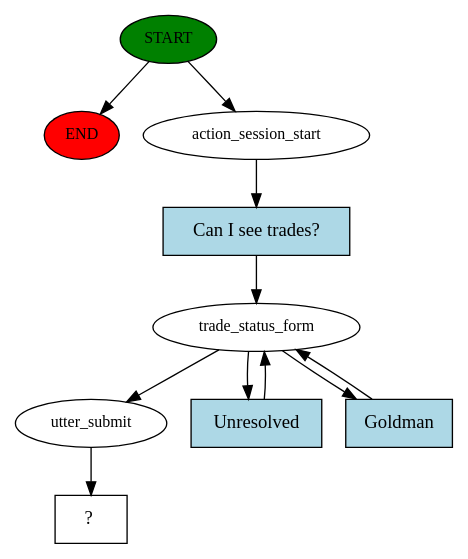
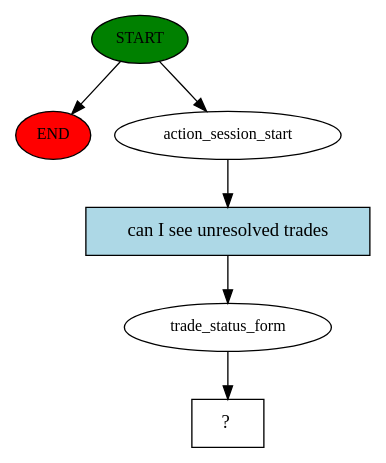
Before and after one commit to SymphonyPlatformSolutions/symphony-nlp-webinar-bot: the diagram in rasa/story_graph.dot, drawn with Graphviz. The commit also changed 3 other files, not shown here.

```diff
--- a/rasa/story_graph.dot
+++ b/rasa/story_graph.dot
@@ -1,21 +1,13 @@
 digraph  {
 0 [class="start active", fillcolor=green, fontsize=12, label=START, style=filled];
 "-1" [class=end, fillcolor=red, fontsize=12, label=END, style=filled];
 1 [class=active, fontsize=12, label=action_session_start];
 2 [class=active, fontsize=12, label=trade_status_form];
-6 [class=active, fontsize=12, label=utter_submit];
-7 [class="intent dashed active", label="  ?  ", shape=rect];
-8 [class="intent active", fillcolor=lightblue, label="Can I see trades?", shape=rect, style=filled];
-9 [class="intent active", fillcolor=lightblue, label=Unresolved, shape=rect, style=filled];
-10 [class="intent active", fillcolor=lightblue, label=Goldman, shape=rect, style=filled];
+3 [class="intent dashed active", label="  ?  ", shape=rect];
+4 [class="intent active", fillcolor=lightblue, label="can I see unresolved trades", shape=rect, style=filled];
 0 -> "-1"  [class="", key=NONE, label=""];
 0 -> 1  [class=active, key=NONE, label=""];
-1 -> 8  [class=active, key=0];
-2 -> 6  [class=active, key=NONE, label=""];
-2 -> 9  [class=active, key=0];
-2 -> 10  [class=active, key=0];
-6 -> 7  [class=active, key=NONE, label=""];
-8 -> 2  [class=active, key=0];
-9 -> 2  [class=active, key=0];
-10 -> 2  [class=active, key=0];
+1 -> 4  [class=active, key=0];
+2 -> 3  [class=active, key=NONE, label=""];
+4 -> 2  [class=active, key=0];
 }
```
